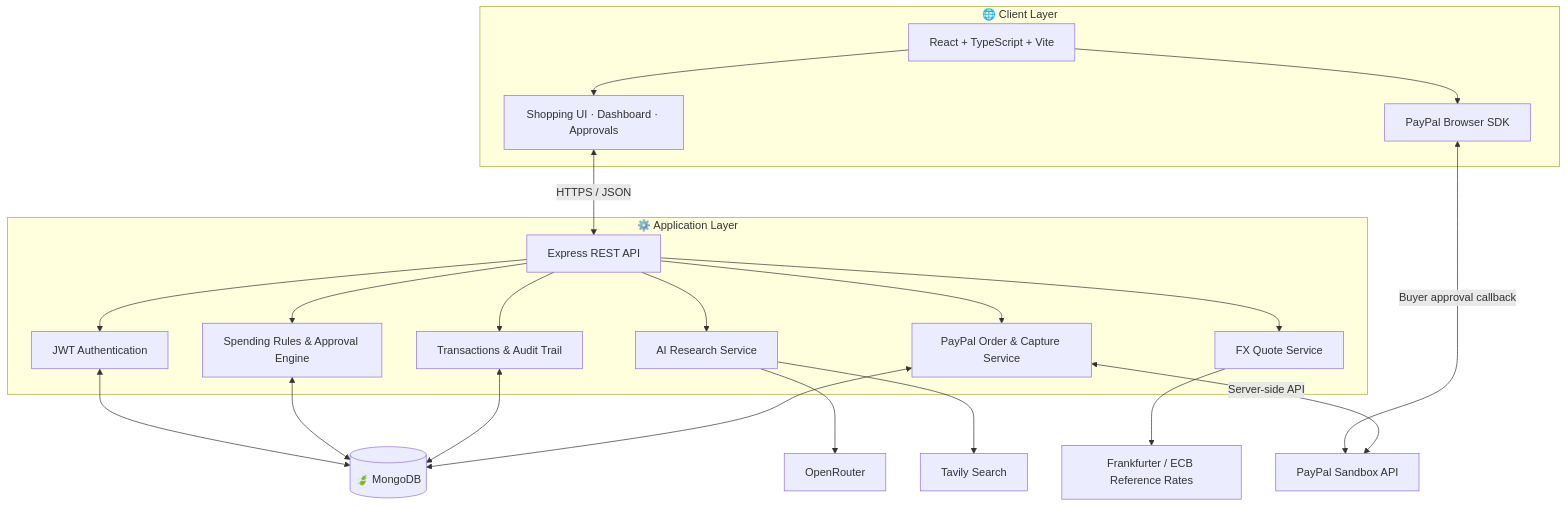
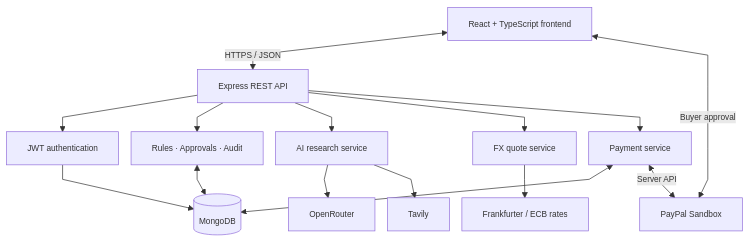
One commit to madupojumounika/paypilot changed the second of 3 diagrams in README.md. Above: the diagram before and after it, drawn with Mermaid. The commit also changed other lines of this file, not shown here.

Commit message:
docs: compact README architecture diagrams

````diff
--- a/README.md
+++ b/README.md
@@ -161,43 +158,18 @@
 ```mermaid
+%%{init: {"themeVariables": {"fontSize": "12px"}, "flowchart": {"nodeSpacing": 18, "rankSpacing": 24, "curve": "linear"}}}%%
 flowchart TB
-    subgraph CLIENT["🌐 Client Layer"]
-      UI["React + TypeScript + Vite"]
-      DASH["Shopping UI · Dashboard · Approvals"]
-      SDK["PayPal Browser SDK"]
-      UI --> DASH
-      UI --> SDK
-    end
-
-    subgraph SERVER["⚙️ Application Layer"]
-      API["Express REST API"]
-      AUTH["JWT Authentication"]
-      RULES["Spending Rules & Approval Engine"]
-      RESEARCH["AI Research Service"]
-      FX["FX Quote Service"]
-      PAYMENT["PayPal Order & Capture Service"]
-      AUDIT["Transactions & Audit Trail"]
-      API --> AUTH
-      API --> RULES
-      API --> RESEARCH
-      API --> FX
-      API --> PAYMENT
-      API --> AUDIT
-    end
-
-    DB[("🍃 MongoDB")]
-    OPENROUTER["OpenRouter"]
-    TAVILY["Tavily Search"]
-    FRANK["Frankfurter / ECB Reference Rates"]
-    PAYPAL["PayPal Sandbox API"]
-
-    DASH <-->|HTTPS / JSON| API
-    SDK <-->|Buyer approval callback| PAYPAL
-    AUTH <--> DB
-    RULES <--> DB
-    AUDIT <--> DB
-    RESEARCH --> OPENROUTER
-    RESEARCH --> TAVILY
-    FX --> FRANK
-    PAYMENT <-->|Server-side API| PAYPAL
-    PAYMENT <--> DB
+    UI["React + TypeScript frontend"] <-->|HTTPS / JSON| API["Express REST API"]
+    UI <-->|Buyer approval| PP["PayPal Sandbox"]
+    API --> AUTH["JWT authentication"]
+    API --> CORE["Rules · Approvals · Audit"]
+    API --> AI["AI research service"]
+    API --> FX["FX quote service"]
+    API --> PAY["Payment service"]
+    AUTH --> DB[("MongoDB")]
+    CORE <--> DB
+    PAY <--> DB
+    AI --> OR["OpenRouter"]
+    AI --> TV["Tavily"]
+    FX --> ECB["Frankfurter / ECB rates"]
+    PAY <-->|Server API| PP
 ```
````
